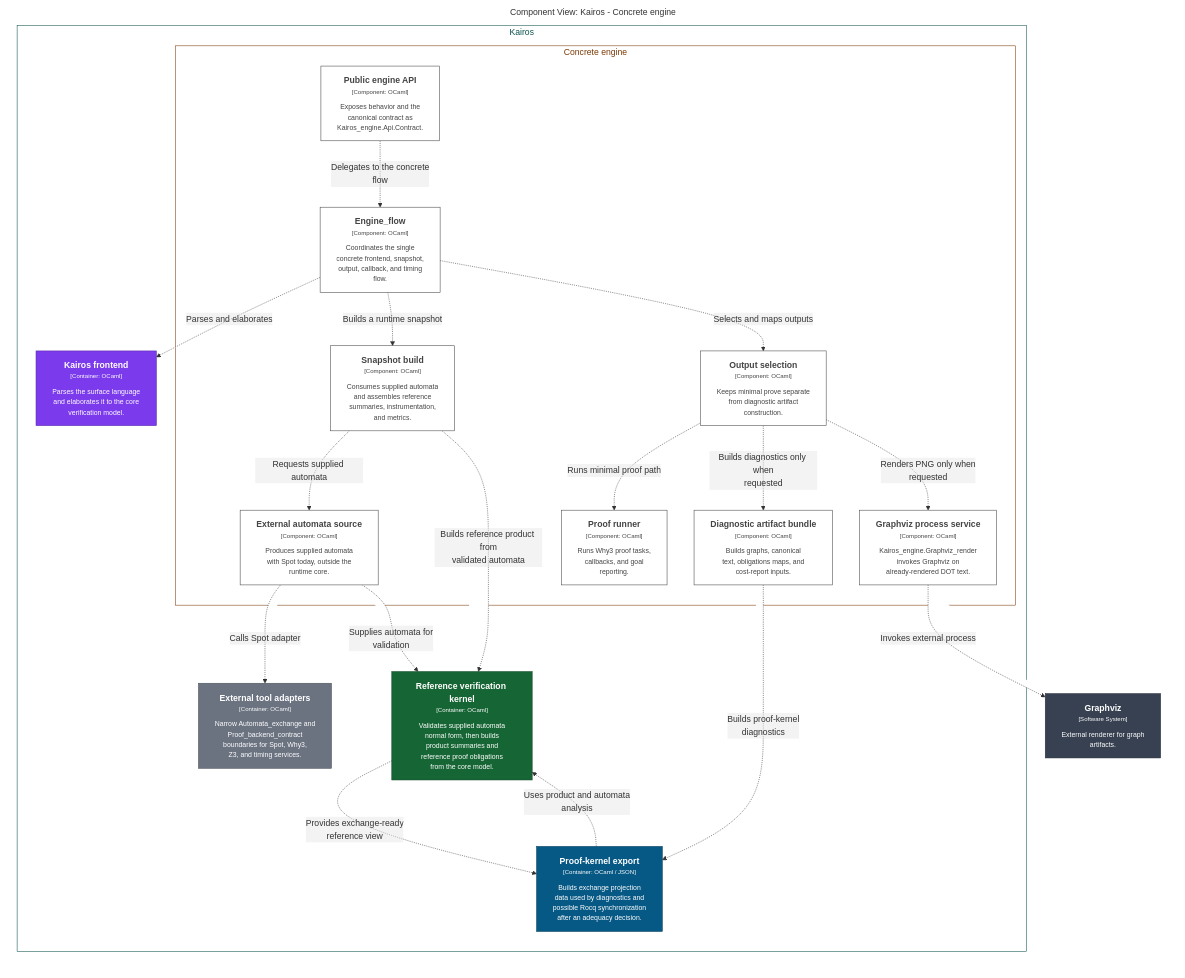
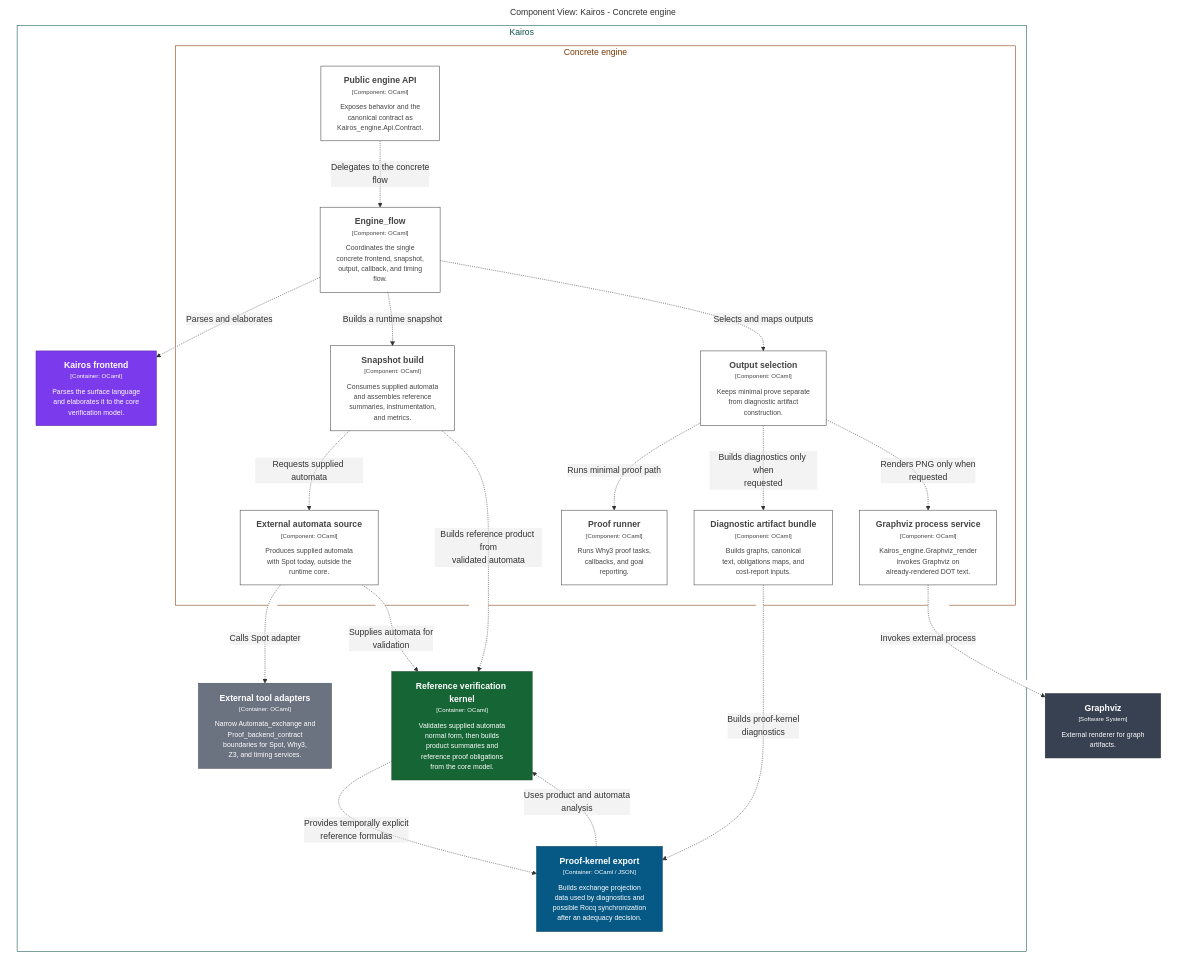
The diagram in docs/architecture/structurizr/export/mermaid/structurizr-kairos-runtime-components.mmd (DabrowskiFr/Kairos), drawn with Mermaid before and after one commit. The commit also changed 54 other files, not shown here.

```diff
--- a/docs/architecture/structurizr/export/mermaid/structurizr-kairos-runtime-components.mmd
+++ b/docs/architecture/structurizr/export/mermaid/structurizr-kairos-runtime-components.mmd
@@ -1,60 +1,60 @@
 graph LR
   linkStyle default fill:#ffffff
 
   subgraph diagram ["Component View: Kairos - Concrete engine"]
     style diagram fill:#ffffff,stroke:#ffffff
 
     6["<div style='font-weight: bold'>Graphviz</div><div style='font-size: 70%; margin-top: 0px'>[Software System]</div><div style='font-size: 80%; margin-top:10px'>External renderer for graph<br />artifacts.</div>"]
     style 6 fill:#374151,stroke:#262d38,color:#ffffff
 
     subgraph 7 ["Kairos"]
       style 7 fill:#ffffff,stroke:#0a524d,color:#0a524d
 
       subgraph 10 ["Concrete engine"]
         style 10 fill:#ffffff,stroke:#7d3a06,color:#7d3a06
 
         11["<div style='font-weight: bold'>Public engine API</div><div style='font-size: 70%; margin-top: 0px'>[Component: OCaml]</div><div style='font-size: 80%; margin-top:10px'>Exposes behavior and the<br />canonical contract as<br />Kairos_engine.Api.Contract.</div>"]
         style 11 fill:#ffffff,stroke:#444444,color:#444444
         12["<div style='font-weight: bold'>Engine_flow</div><div style='font-size: 70%; margin-top: 0px'>[Component: OCaml]</div><div style='font-size: 80%; margin-top:10px'>Coordinates the single<br />concrete frontend, snapshot,<br />output, callback, and timing<br />flow.</div>"]
         style 12 fill:#ffffff,stroke:#444444,color:#444444
         13["<div style='font-weight: bold'>Snapshot build</div><div style='font-size: 70%; margin-top: 0px'>[Component: OCaml]</div><div style='font-size: 80%; margin-top:10px'>Consumes supplied automata<br />and assembles reference<br />summaries, instrumentation,<br />and metrics.</div>"]
         style 13 fill:#ffffff,stroke:#444444,color:#444444
         14["<div style='font-weight: bold'>External automata source</div><div style='font-size: 70%; margin-top: 0px'>[Component: OCaml]</div><div style='font-size: 80%; margin-top:10px'>Produces supplied automata<br />with Spot today, outside the<br />runtime core.</div>"]
         style 14 fill:#ffffff,stroke:#444444,color:#444444
         15["<div style='font-weight: bold'>Output selection</div><div style='font-size: 70%; margin-top: 0px'>[Component: OCaml]</div><div style='font-size: 80%; margin-top:10px'>Keeps minimal prove separate<br />from diagnostic artifact<br />construction.</div>"]
         style 15 fill:#ffffff,stroke:#444444,color:#444444
         16["<div style='font-weight: bold'>Proof runner</div><div style='font-size: 70%; margin-top: 0px'>[Component: OCaml]</div><div style='font-size: 80%; margin-top:10px'>Runs Why3 proof tasks,<br />callbacks, and goal<br />reporting.</div>"]
         style 16 fill:#ffffff,stroke:#444444,color:#444444
         17["<div style='font-weight: bold'>Diagnostic artifact bundle</div><div style='font-size: 70%; margin-top: 0px'>[Component: OCaml]</div><div style='font-size: 80%; margin-top:10px'>Builds graphs, canonical<br />text, obligations maps, and<br />cost-report inputs.</div>"]
         style 17 fill:#ffffff,stroke:#444444,color:#444444
         18["<div style='font-weight: bold'>Graphviz process service</div><div style='font-size: 70%; margin-top: 0px'>[Component: OCaml]</div><div style='font-size: 80%; margin-top:10px'>Kairos_engine.Graphviz_render<br />invokes Graphviz on<br />already-rendered DOT text.</div>"]
         style 18 fill:#ffffff,stroke:#444444,color:#444444
       end
 
       19["<div style='font-weight: bold'>Kairos frontend</div><div style='font-size: 70%; margin-top: 0px'>[Container: OCaml]</div><div style='font-size: 80%; margin-top:10px'>Parses the surface language<br />and elaborates it to the core<br />verification model.</div>"]
       style 19 fill:#7c3aed,stroke:#5628a5,color:#ffffff
       21["<div style='font-weight: bold'>Reference verification kernel</div><div style='font-size: 70%; margin-top: 0px'>[Container: OCaml]</div><div style='font-size: 80%; margin-top:10px'>Validates supplied automata<br />normal form, then builds<br />product summaries and<br />reference proof obligations<br />from the core model.</div>"]
       style 21 fill:#166534,stroke:#0f4624,color:#ffffff
-      26["<div style='font-weight: bold'>Proof-kernel export</div><div style='font-size: 70%; margin-top: 0px'>[Container: OCaml / JSON]</div><div style='font-size: 80%; margin-top:10px'>Builds exchange projection<br />data used by diagnostics and<br />possible Rocq synchronization<br />after an adequacy decision.</div>"]
-      style 26 fill:#075985,stroke:#043e5d,color:#ffffff
-      32["<div style='font-weight: bold'>External tool adapters</div><div style='font-size: 70%; margin-top: 0px'>[Container: OCaml]</div><div style='font-size: 80%; margin-top:10px'>Narrow Automata_exchange and<br />Proof_backend_contract<br />boundaries for Spot, Why3,<br />Z3, and timing services.</div>"]
-      style 32 fill:#6b7280,stroke:#4a4f59,color:#ffffff
+      25["<div style='font-weight: bold'>Proof-kernel export</div><div style='font-size: 70%; margin-top: 0px'>[Container: OCaml / JSON]</div><div style='font-size: 80%; margin-top:10px'>Builds exchange projection<br />data used by diagnostics and<br />possible Rocq synchronization<br />after an adequacy decision.</div>"]
+      style 25 fill:#075985,stroke:#043e5d,color:#ffffff
+      31["<div style='font-weight: bold'>External tool adapters</div><div style='font-size: 70%; margin-top: 0px'>[Container: OCaml]</div><div style='font-size: 80%; margin-top:10px'>Narrow Automata_exchange and<br />Proof_backend_contract<br />boundaries for Spot, Why3,<br />Z3, and timing services.</div>"]
+      style 31 fill:#6b7280,stroke:#4a4f59,color:#ffffff
     end
 
-    26-. "<div>Uses product and automata<br />analysis</div><div style='font-size: 70%'></div>" .->21
-    21-. "<div>Provides exchange-ready<br />reference view</div><div style='font-size: 70%'></div>" .->26
+    25-. "<div>Uses product and automata<br />analysis</div><div style='font-size: 70%'></div>" .->21
+    21-. "<div>Provides temporally explicit<br />reference formulas</div><div style='font-size: 70%'></div>" .->25
     11-. "<div>Delegates to the concrete<br />flow</div><div style='font-size: 70%'></div>" .->12
     12-. "<div>Parses and elaborates</div><div style='font-size: 70%'></div>" .->19
     12-. "<div>Builds a runtime snapshot</div><div style='font-size: 70%'></div>" .->13
     12-. "<div>Selects and maps outputs</div><div style='font-size: 70%'></div>" .->15
     13-. "<div>Requests supplied automata</div><div style='font-size: 70%'></div>" .->14
-    14-. "<div>Calls Spot adapter</div><div style='font-size: 70%'></div>" .->32
+    14-. "<div>Calls Spot adapter</div><div style='font-size: 70%'></div>" .->31
     14-. "<div>Supplies automata for<br />validation</div><div style='font-size: 70%'></div>" .->21
     13-. "<div>Builds reference product from<br />validated automata</div><div style='font-size: 70%'></div>" .->21
     15-. "<div>Runs minimal proof path</div><div style='font-size: 70%'></div>" .->16
     15-. "<div>Builds diagnostics only when<br />requested</div><div style='font-size: 70%'></div>" .->17
     15-. "<div>Renders PNG only when<br />requested</div><div style='font-size: 70%'></div>" .->18
     18-. "<div>Invokes external process</div><div style='font-size: 70%'></div>" .->6
-    17-. "<div>Builds proof-kernel<br />diagnostics</div><div style='font-size: 70%'></div>" .->26
+    17-. "<div>Builds proof-kernel<br />diagnostics</div><div style='font-size: 70%'></div>" .->25
 
   end
```
